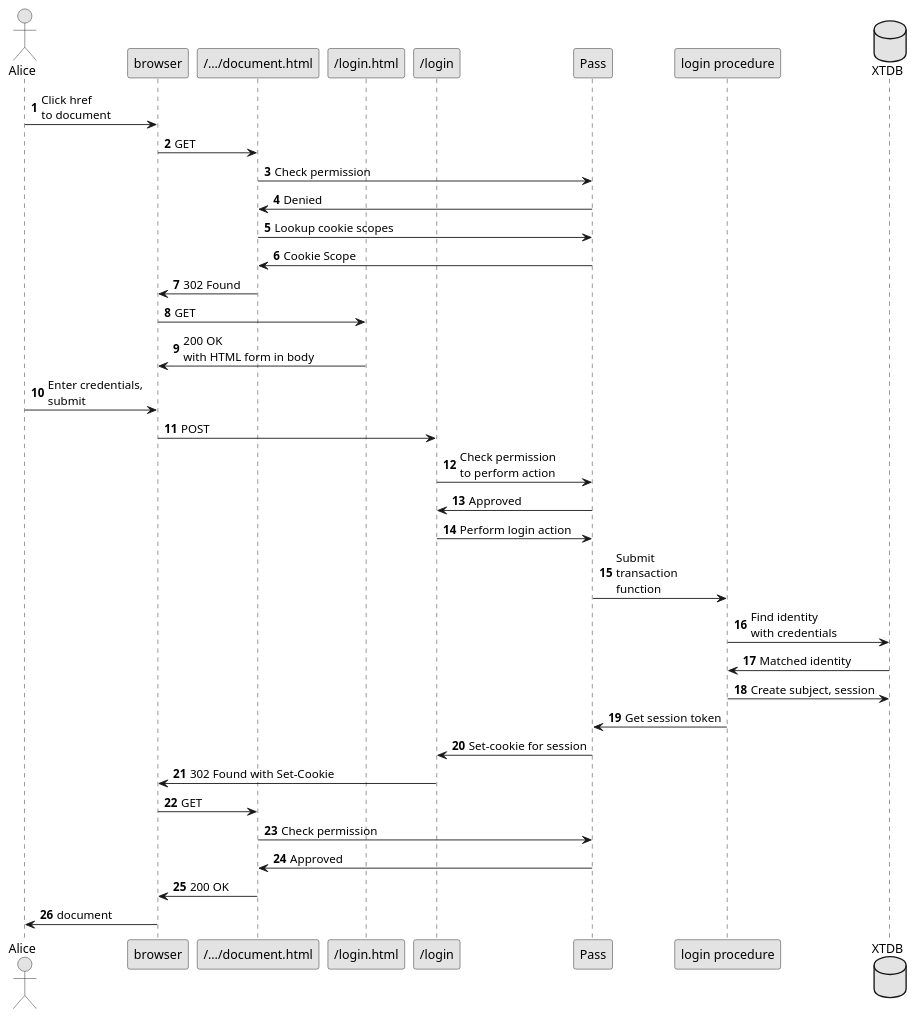
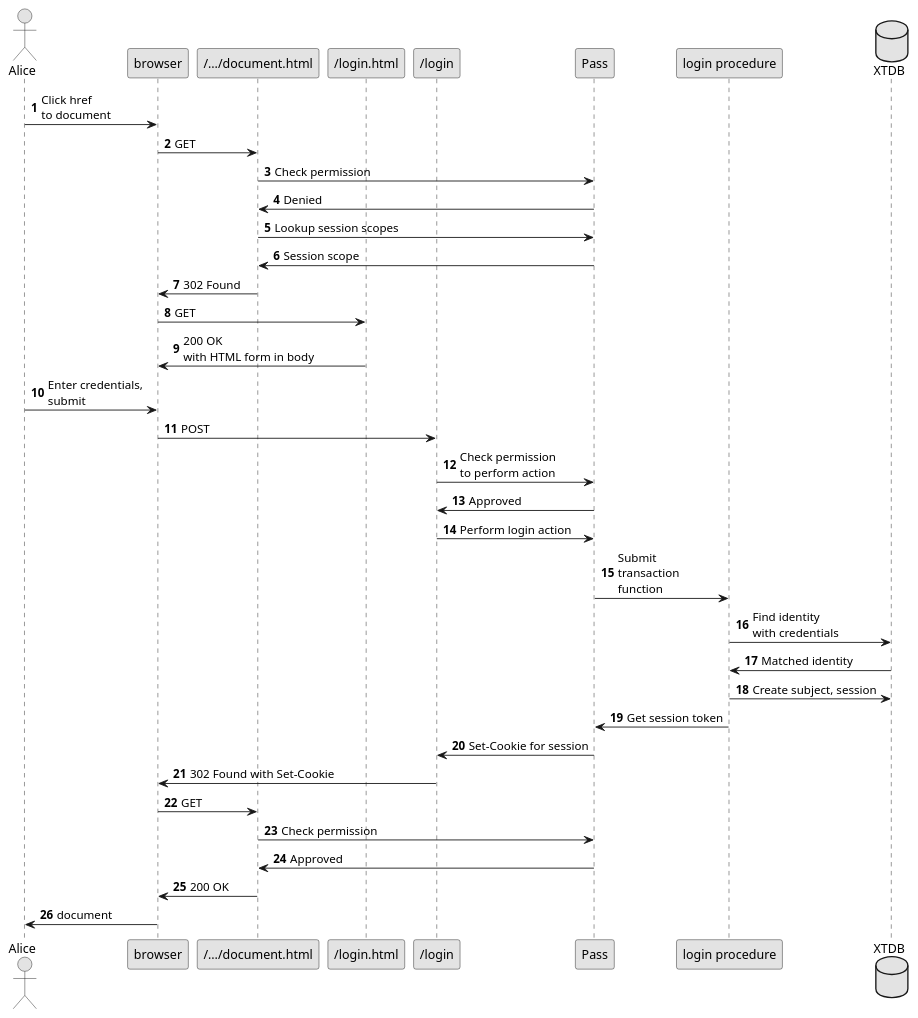
The diagram in doc/next/FormBasedAuthentication.adoc (juxt/site), drawn with PlantUML before and after one commit. The commit also changed other lines of this file and 6 other files, not shown here.

First line of the commit message:
Rename cookie-scope to session-scope

```diff
--- a/doc/next/FormBasedAuthentication.adoc
+++ b/doc/next/FormBasedAuthentication.adoc
@@ -40,44 +40,44 @@
-[plantuml,cookie-scope-flow,svg]
+[plantuml,session-scope-flow,svg]
 ....
 skinparam monochrome true
 autonumber
 
 actor Alice as user
 participant browser
 
 participant "/…/document.html" as document
 participant "/login.html" as loginform
 participant "/login" as loginhandler
 participant Pass as pass
 participant "login procedure" as loginproc
 database XTDB
 
 user -> browser: Click href\nto document
 browser -> document: GET
 document -> pass: Check permission
 document <- pass: Denied
-document -> pass: Lookup cookie scopes
-document <- pass: Cookie Scope
+document -> pass: Lookup session scopes
+document <- pass: Session scope
 browser <- document: 302 Found
 browser -> loginform: GET
 ' loginform -> pass: Create session
 ' pass -> XTDB: Create session entity
 browser <- loginform: 200 OK\nwith HTML form in body
 user -> browser: Enter credentials,\nsubmit
 browser -> loginhandler: POST
 loginhandler -> pass: Check permission\nto perform action
 loginhandler <- pass: Approved
 loginhandler -> pass: Perform login action
 pass -> loginproc: Submit\ntransaction\nfunction
 loginproc -> XTDB: Find identity\nwith credentials
 loginproc <- XTDB: Matched identity
 loginproc -> XTDB: Create subject, session
 pass <- loginproc: Get session token
-loginhandler <- pass: Set-cookie for session
+loginhandler <- pass: Set-Cookie for session
 browser <- loginhandler: 302 Found with Set-Cookie
 browser -> document: GET
 document -> pass: Check permission
 document <- pass: Approved
 browser <- document: 200 OK
 user <- browser: document
 ....
```
